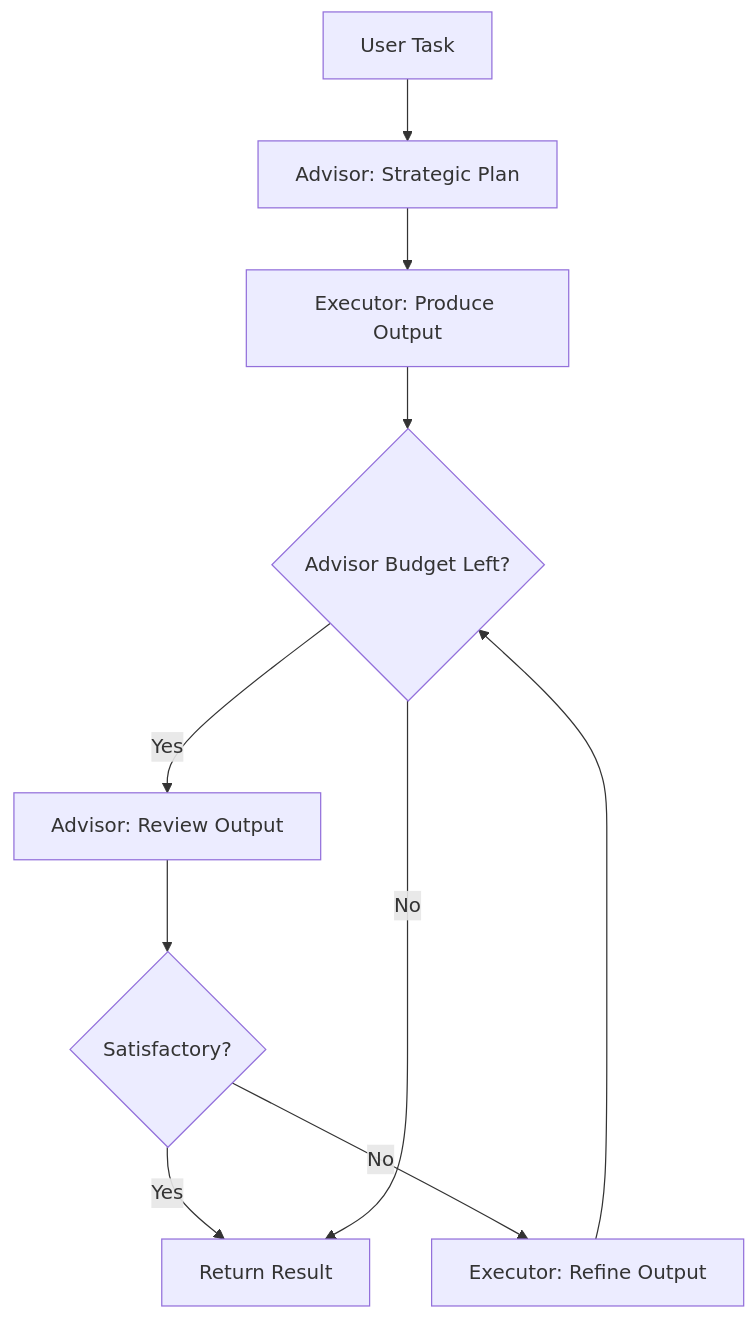
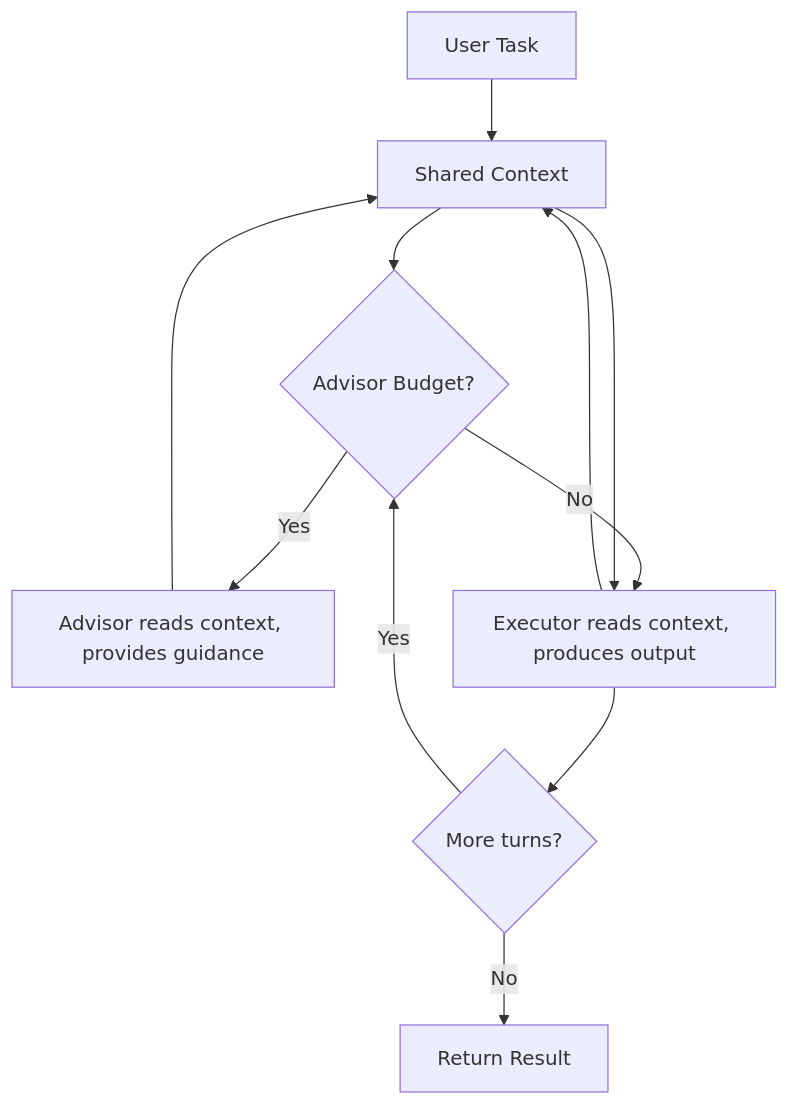
One commit to Steve-Dusty/swarms changed the diagram in docs/swarms/structs/advisor_swarm.md. Above: the diagram before and after it, drawn with Mermaid. The commit also changed other lines of this file and 3 other files, not shown here.

````diff
--- a/docs/swarms/structs/advisor_swarm.md
+++ b/docs/swarms/structs/advisor_swarm.md
@@ -9,12 +9,13 @@
 ```mermaid
 graph TD
-    A[User Task] --> B[Advisor: Strategic Plan]
-    B --> C[Executor: Produce Output]
-    C --> D{Advisor Budget Left?}
-    D -->|Yes| E[Advisor: Review Output]
-    E --> F{Satisfactory?}
-    F -->|Yes| G[Return Result]
-    F -->|No| H[Executor: Refine Output]
-    H --> D
-    D -->|No| G
+    A[User Task] --> B[Shared Context]
+    B --> C{Advisor Budget?}
+    C -->|Yes| D[Advisor reads context, provides guidance]
+    D --> B
+    C -->|No| E[Executor reads context, produces output]
+    B --> E
+    E --> B
+    E --> F{More turns?}
+    F -->|Yes| C
+    F -->|No| G[Return Result]
 ```
````
